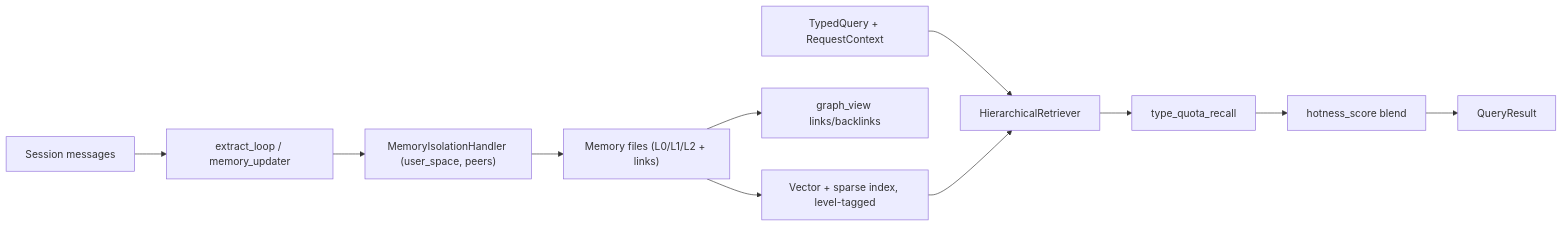
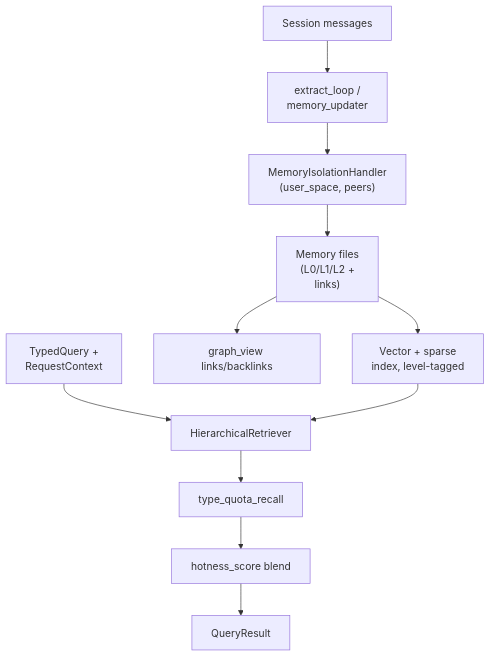
One commit to neoneye/agent-memory-atlas changed the diagram in content/systems/openviking.md. Above: the diagram before and after it, drawn with Mermaid. The commit also changed 99 other files, not shown here.

First line of the commit message:
Reshape the remaining 49 diagrams so their labels are legible

````diff
--- a/content/systems/openviking.md
+++ b/content/systems/openviking.md
@@ -96,13 +96,13 @@
 ```mermaid
-flowchart LR
-  Sessions["Session messages"] --> Extract["extract_loop / memory_updater"]
-  Extract --> Isolation["MemoryIsolationHandler (user_space, peers)"]
-  Isolation --> Files["Memory files (L0/L1/L2 + links)"]
-  Files --> Index["Vector + sparse index, level-tagged"]
+flowchart TD
+  Sessions["Session messages"] --> Extract["extract_loop /<br/>memory_updater"]
+  Extract --> Isolation["MemoryIsolationHandler<br/>(user_space, peers)"]
+  Isolation --> Files["Memory files<br/>(L0/L1/L2 +<br/>links)"]
+  Files --> Index["Vector + sparse<br/>index, level-tagged"]
   Files --> Graph["graph_view links/backlinks"]
-  Query["TypedQuery + RequestContext"] --> HR["HierarchicalRetriever"]
+  Query["TypedQuery +<br/>RequestContext"] --> HR["HierarchicalRetriever"]
   Index --> HR
   HR --> Quota["type_quota_recall"]
   Quota --> Hot["hotness_score blend"]
   Hot --> Result["QueryResult"]
 ```
````
